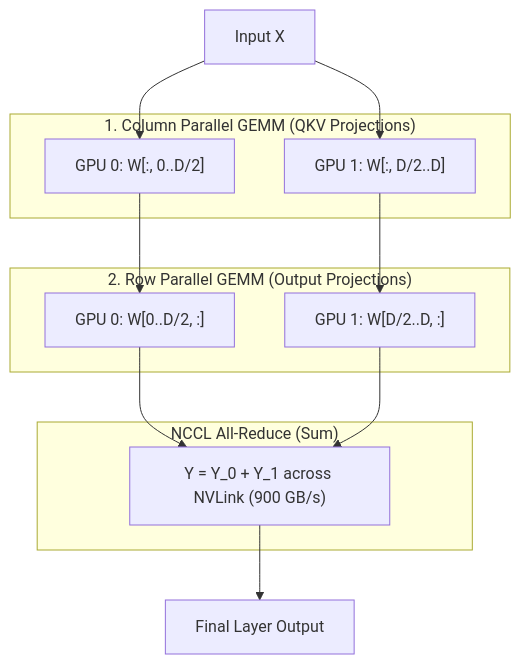
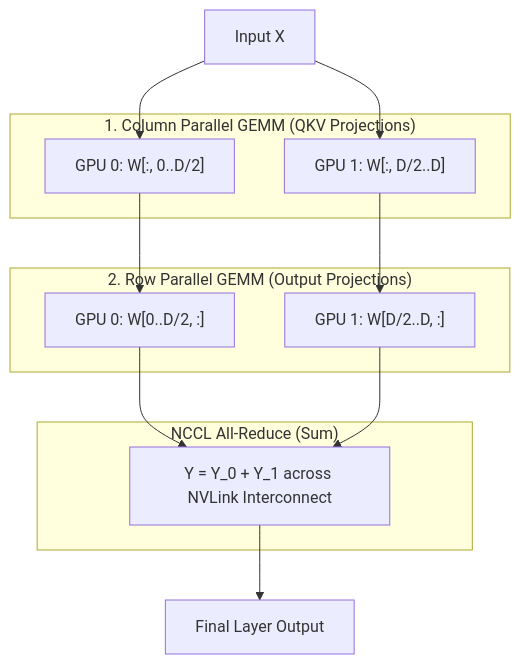
The diagram in MODULE_12_ADVANCED_TOPICS.md (Ammar-Alnagar/TinBox), drawn with Mermaid before and after one commit. The commit also changed other lines of this file and 43 other files, not shown here.

````diff
--- a/MODULE_12_ADVANCED_TOPICS.md
+++ b/MODULE_12_ADVANCED_TOPICS.md
@@ -47,24 +115,24 @@
 ```mermaid
 flowchart TD
     subgraph ColumnParallel["1. Column Parallel GEMM (QKV Projections)"]
         W_Col1["GPU 0: W[:, 0..D/2]"]
         W_Col2["GPU 1: W[:, D/2..D]"]
     end
 
     subgraph RowParallel["2. Row Parallel GEMM (Output Projections)"]
         W_Row1["GPU 0: W[0..D/2, :]"]
         W_Row2["GPU 1: W[D/2..D, :]"]
     end
 
     subgraph AllReduce["NCCL All-Reduce (Sum)"]
-        Sum["Y = Y_0 + Y_1 across NVLink (900 GB/s)"]
+        Sum["Y = Y_0 + Y_1 across NVLink Interconnect"]
     end
 
     InputToken["Input X"] --> W_Col1
     InputToken --> W_Col2
     W_Col1 --> W_Row1
     W_Col2 --> W_Row2
     W_Row1 --> Sum
     W_Row2 --> Sum
     Sum --> OutputToken["Final Layer Output"]
 ```
````
